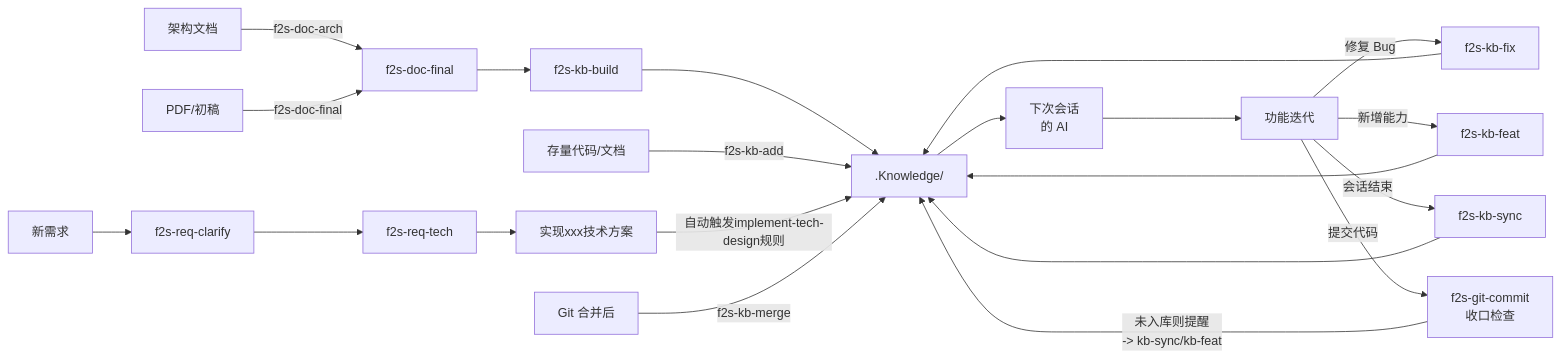
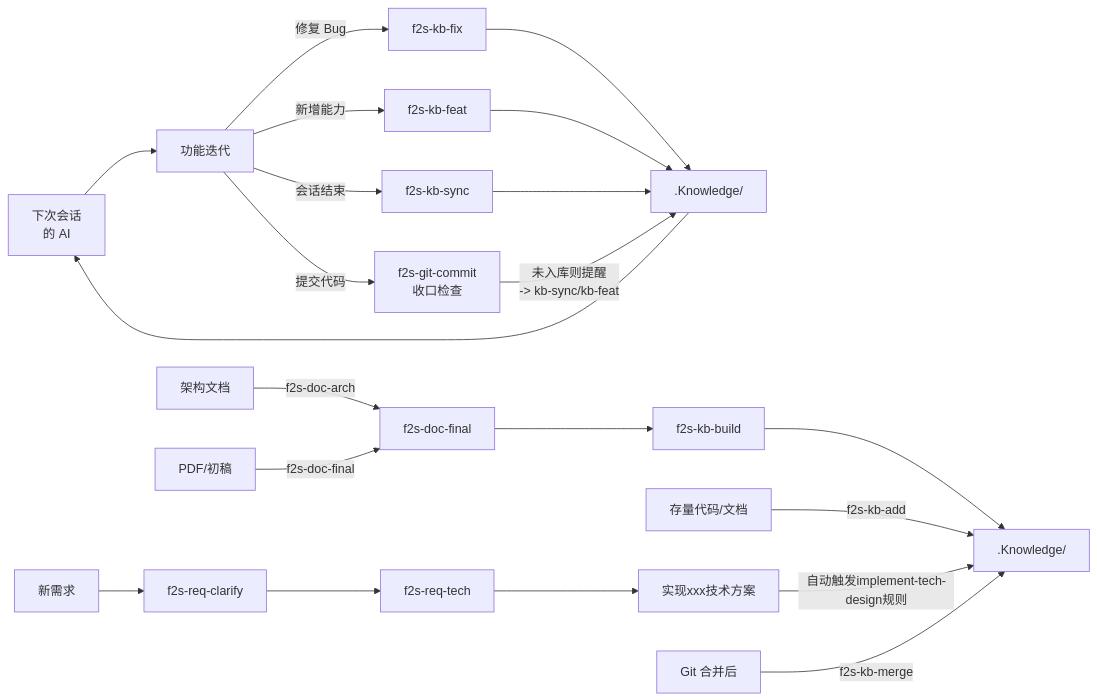
The fifth of 10 diagrams in docs/设计说明.md (Lands-1203/Flow2Spec), drawn with Mermaid before and after one commit. The commit also changed other lines of this file and 9 other files, not shown here.

````diff
--- a/docs/设计说明.md
+++ b/docs/设计说明.md
@@ -146,22 +159,24 @@
 ```mermaid
 graph LR
-    K[".Knowledge/"] --> AI["下次会话\n的 AI"]
-    AI --> C["功能迭代"]
+    AI["下次会话\n的 AI"] --> C["功能迭代"]
+    K[".Knowledge/"] 
+    K1[".Knowledge/"] --> AI["下次会话\n的 AI"]
 
-    C -->|"修复 Bug"| FIX["f2s-kb-fix"] --> K
-    C -->|"新增能力"| FEAT["f2s-kb-feat"] --> K
-    C -->|"会话结束"| SYNC["f2s-kb-sync"] --> K
+    C -->|"修复 Bug"| FIX["f2s-kb-fix"] --> K1
+    C -->|"新增能力"| FEAT["f2s-kb-feat"] --> K1
+    C -->|"会话结束"| SYNC["f2s-kb-sync"] --> K1
     C -->|"提交代码"| CMT["f2s-git-commit\n收口检查"]
-    CMT -->|"未入库则提醒\n-> kb-sync/kb-feat"| K
+    CMT -->|"未入库则提醒\n-> kb-sync/kb-feat"| K1
 
     D1["架构文档"] -->|f2s-doc-arch| FIN["f2s-doc-final"]
     D2["PDF/初稿"] -->|f2s-doc-final| FIN
     FIN --> CTX["f2s-kb-build"] --> K
 
     OLD["存量代码/文档"] -->|f2s-kb-add| K
 
     NR["新需求"] --> CL["f2s-req-clarify"] --> BE["f2s-req-tech"]
     BE --> IMPL["实现xxx技术方案"] -->|自动触发implement-tech-design规则| K
 
     GIT["Git 合并后"] -->|f2s-kb-merge| K
+
 ```
````
